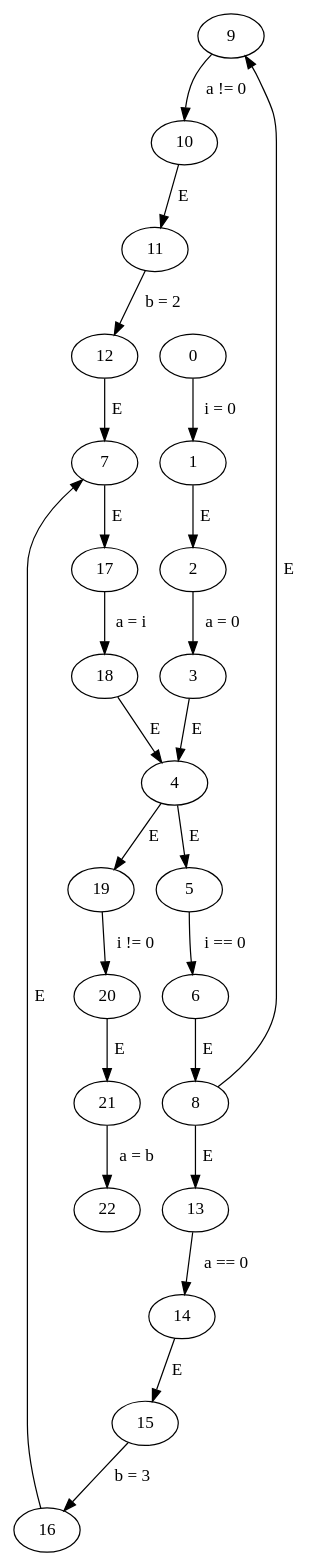
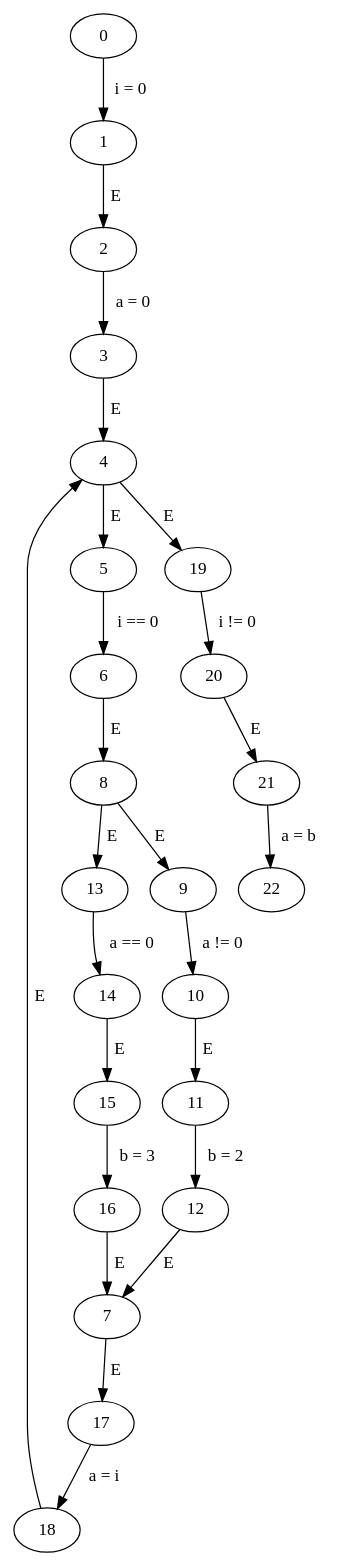
One commit to Harman309/project6 changed the diagram in code/cfgs/while/while.gv. Above: the diagram before and after it, drawn with Graphviz. The commit also changed other lines of this file and 39 other files, not shown here.

```diff
--- a/code/cfgs/while/while.gv
+++ b/code/cfgs/while/while.gv
@@ -1,27 +1,27 @@
 // while
 digraph {
+	21 -> 22 [label=" a = b "]
+	13 -> 14 [label=" a == 0 "]
+	14 -> 15 [label=" E "]
+	2 -> 3 [label=" a = 0 "]
+	20 -> 21 [label=" E "]
+	1 -> 2 [label=" E "]
+	17 -> 18 [label=" a = i "]
+	5 -> 6 [label=" i == 0 "]
+	10 -> 11 [label=" E "]
+	8 -> 9 [label=" E "]
+	7 -> 17 [label=" E "]
+	8 -> 13 [label=" E "]
+	11 -> 12 [label=" b = 2 "]
+	18 -> 4 [label=" E "]
+	4 -> 5 [label=" E "]
+	0 -> 1 [label=" i = 0 "]
+	4 -> 19 [label=" E "]
+	3 -> 4 [label=" E "]
+	16 -> 7 [label=" E "]
 	9 -> 10 [label=" a != 0 "]
-	7 -> 17 [label=" E "]
-	11 -> 12 [label=" b = 2 "]
-	21 -> 22 [label=" a = b "]
-	8 -> 13 [label=" E "]
-	4 -> 19 [label=" E "]
-	20 -> 21 [label=" E "]
-	5 -> 6 [label=" i == 0 "]
+	6 -> 8 [label=" E "]
+	15 -> 16 [label=" b = 3 "]
 	19 -> 20 [label=" i != 0 "]
 	12 -> 7 [label=" E "]
-	14 -> 15 [label=" E "]
-	18 -> 4 [label=" E "]
-	15 -> 16 [label=" b = 3 "]
-	0 -> 1 [label=" i = 0 "]
-	6 -> 8 [label=" E "]
-	13 -> 14 [label=" a == 0 "]
-	1 -> 2 [label=" E "]
-	8 -> 9 [label=" E "]
-	2 -> 3 [label=" a = 0 "]
-	4 -> 5 [label=" E "]
-	3 -> 4 [label=" E "]
-	17 -> 18 [label=" a = i "]
-	10 -> 11 [label=" E "]
-	16 -> 7 [label=" E "]
 }
```
